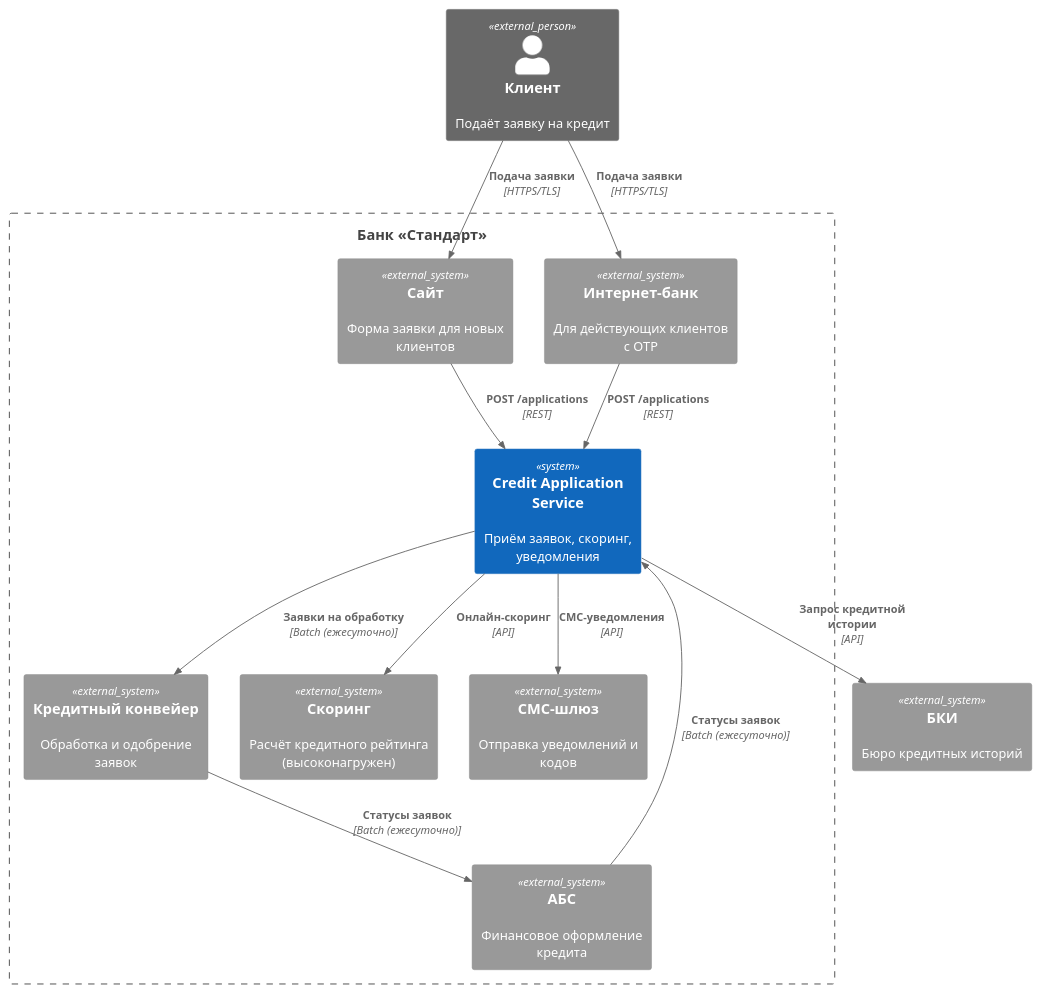
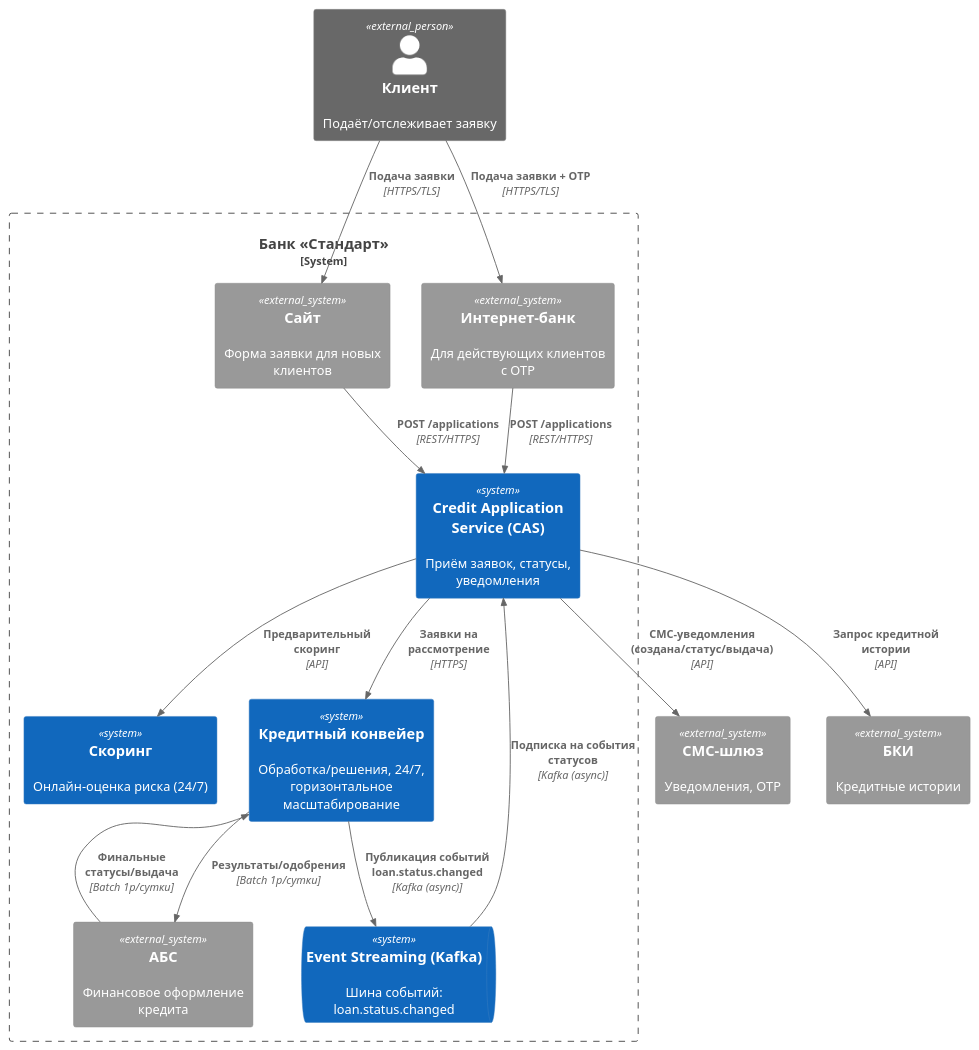
The diagram in Task5/credit_context.puml (aymanstepanova/architecture-pro-standart), drawn with PlantUML before and after one commit.

Commit message:
добавлена асинхронная интеграция с конвеероМ

```diff
--- a/Task5/credit_context.puml
+++ b/Task5/credit_context.puml
@@ -1,28 +1,43 @@
 @startuml
 !include https://raw.githubusercontent.com/plantuml-stdlib/C4-PlantUML/master/C4_Context.puml
 LAYOUT_TOP_DOWN()
 
-Person_Ext(client, "Клиент", "Подаёт заявку на кредит")
-System_Ext(bki, "БКИ", "Бюро кредитных историй")
+' Акторы и внешние каналы
+Person_Ext(client, "Клиент", "Подаёт/отслеживает заявку")
+System_Ext(sms, "СМС-шлюз", "Уведомления, OTP")
+System_Ext(bki, "БКИ", "Кредитные истории")
 
-Boundary(bank, "Банк «Стандарт»") {
-  System(cas, "Credit Application Service", "Приём заявок, скоринг, уведомления")
-  System_Ext(conveyor, "Кредитный конвейер", "Обработка и одобрение заявок")
-  System_Ext(scoring, "Скоринг", "Расчёт кредитного рейтинга (высоконагружен)")
+System_Boundary(bank, "Банк «Стандарт»") {
+  System(cas, "Credit Application Service (CAS)", "Приём заявок, статусы, уведомления")
+  System_Ext(scoring, "Скоринг", "Расчёт кредитного рейтинга")
+  System(scoring, "Скоринг", "Онлайн-оценка риска (24/7)")
   System_Ext(abs, "АБС", "Финансовое оформление кредита")
   System_Ext(site, "Сайт", "Форма заявки для новых клиентов")
   System_Ext(ib, "Интернет-банк", "Для действующих клиентов с OTP")
-  System_Ext(sms, "СМС-шлюз", "Отправка уведомлений и кодов")
+  System(conveyor, "Кредитный конвейер", "Обработка/решения, 24/7, горизонтальное масштабирование")
+  SystemQueue(kafka, "Event Streaming (Kafka)", "Шина событий: loan.status.changed")
 }
 
+' Онлайн-вход
 Rel(client, site, "Подача заявки", "HTTPS/TLS")
-Rel(client, ib, "Подача заявки", "HTTPS/TLS")
-Rel(site, cas, "POST /applications", "REST")
-Rel(ib, cas, "POST /applications", "REST")
-Rel(cas, conveyor, "Заявки на обработку", "Batch (ежесуточно)")
-Rel(cas, scoring, "Онлайн-скоринг", "API")
-Rel(conveyor, abs, "Статусы заявок", "Batch (ежесуточно)")
-Rel(abs, cas, "Статусы заявок", "Batch (ежесуточно)")
-Rel(cas, sms, "СМС-уведомления", "API")
+Rel(client, ib, "Подача заявки + OTP", "HTTPS/TLS")
+Rel(site, cas, "POST /applications", "REST/HTTPS")
+Rel(ib, cas, "POST /applications", "REST/HTTPS")
+
+' Онлайн-интеграции CAS
+Rel(cas, scoring, "Предварительный скоринг", "API")
 Rel(cas, bki, "Запрос кредитной истории", "API")
+
+' Асинхронные статусы из Конвейера
+Rel(conveyor, kafka, "Публикация событий\nloan.status.changed", "Kafka (async)")
+Rel(kafka, cas, "Подписка на события статусов", "Kafka (async)")
+
+' Пакетные обмены остаются
+Rel(cas, conveyor, "Заявки на рассмотрение", "HTTPS")
+Rel(conveyor, abs, "Результаты/одобрения", "Batch 1р/сутки")
+Rel(abs, conveyor, "Финальные статусы/выдача", "Batch 1р/сутки")
+
+' Коммуникация с клиентом
+Rel(cas, sms, "СМС-уведомления\n(создана/статус/выдача)", "API")
+
 @enduml
```
